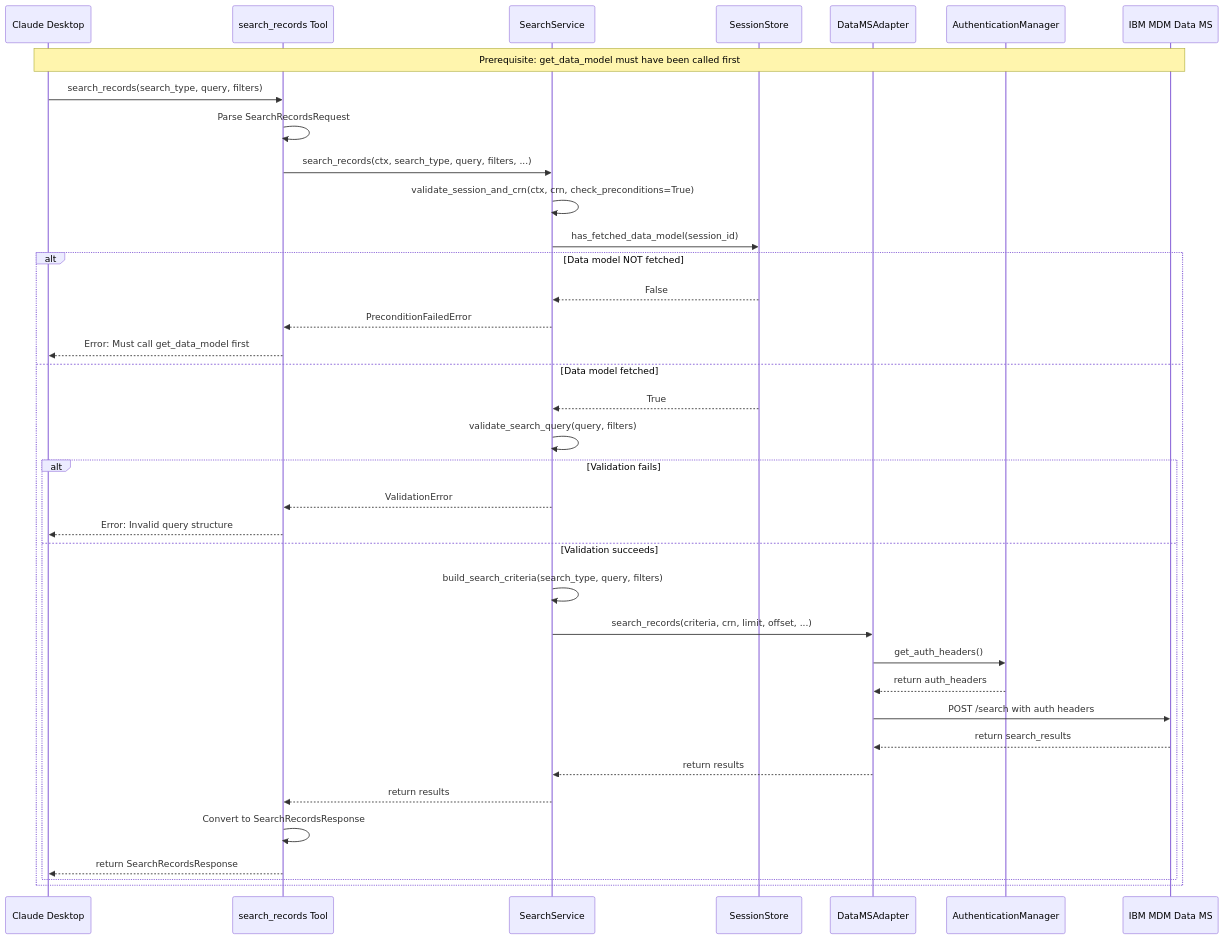
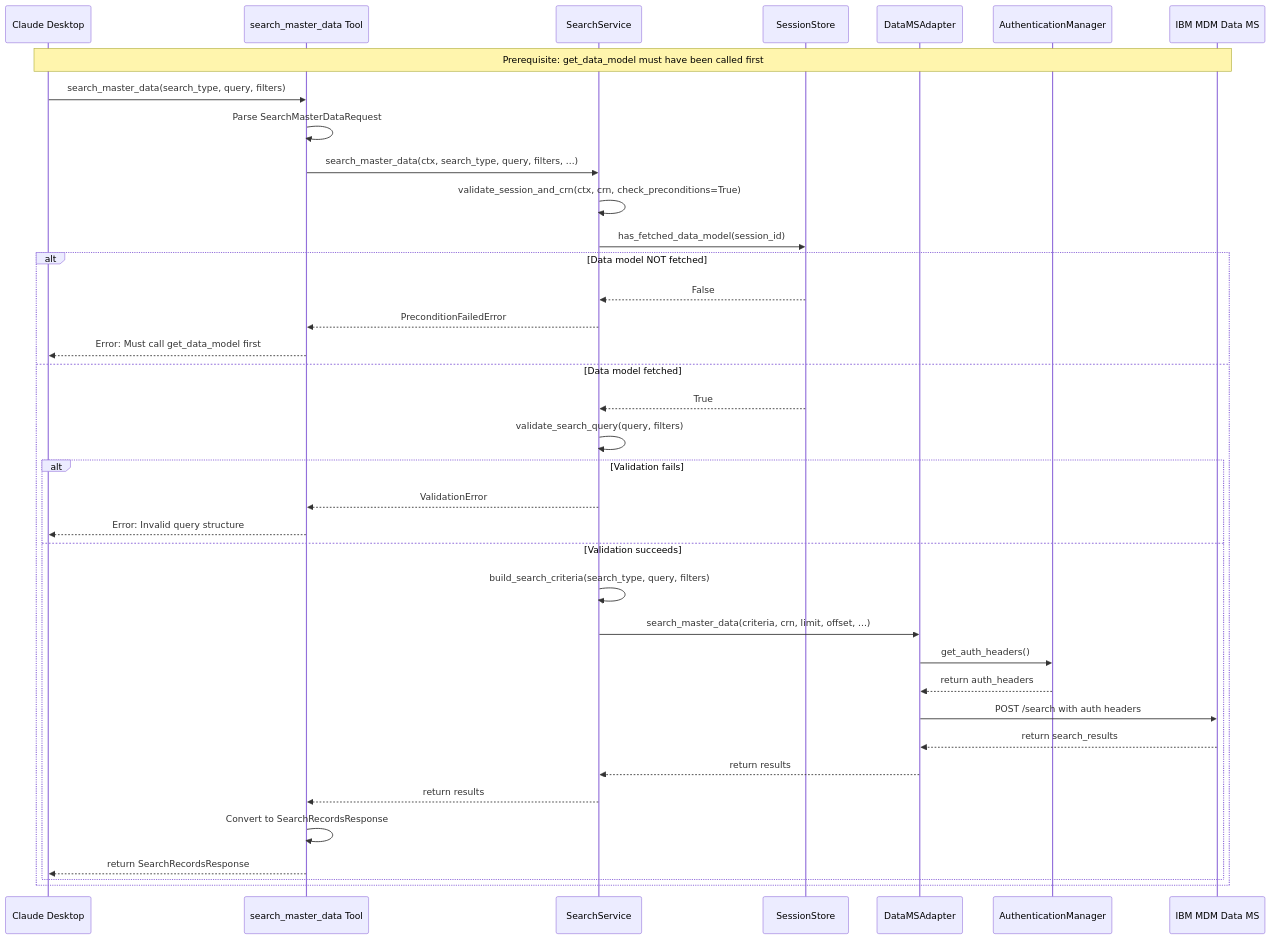
The sixth of 6 diagrams in docs/ARCHITECTURE.md (IBM/mdm-mcp-server), drawn with Mermaid before and after one commit. The commit also changed other lines of this file and 3 other files, not shown here.

Commit message:
Update markdown files with the updated search_master_data tool references (#3)

````diff
--- a/docs/ARCHITECTURE.md
+++ b/docs/ARCHITECTURE.md
@@ -574,47 +574,47 @@
 ```mermaid
 sequenceDiagram
     participant Claude as Claude Desktop
-    participant Tool as search_records Tool
+    participant Tool as search_master_data Tool
     participant SearchSvc as SearchService
     participant SessionStore as SessionStore
     participant DataAdapter as DataMSAdapter
     participant AuthMgr as AuthenticationManager
     participant DataMS as IBM MDM Data MS
     
     Note over Claude,DataMS: Prerequisite: get_data_model must have been called first
     
-    Claude->>Tool: search_records(search_type, query, filters)
-    Tool->>Tool: Parse SearchRecordsRequest
-    Tool->>SearchSvc: search_records(ctx, search_type, query, filters, ...)
+    Claude->>Tool: search_master_data(search_type, query, filters)
+    Tool->>Tool: Parse SearchMasterDataRequest
+    Tool->>SearchSvc: search_master_data(ctx, search_type, query, filters, ...)
     
     SearchSvc->>SearchSvc: validate_session_and_crn(ctx, crn, check_preconditions=True)
     SearchSvc->>SessionStore: has_fetched_data_model(session_id)
     
     alt Data model NOT fetched
         SessionStore-->>SearchSvc: False
         SearchSvc-->>Tool: PreconditionFailedError
         Tool-->>Claude: Error: Must call get_data_model first
     else Data model fetched
         SessionStore-->>SearchSvc: True
         SearchSvc->>SearchSvc: validate_search_query(query, filters)
         
         alt Validation fails
             SearchSvc-->>Tool: ValidationError
             Tool-->>Claude: Error: Invalid query structure
         else Validation succeeds
             SearchSvc->>SearchSvc: build_search_criteria(search_type, query, filters)
-            SearchSvc->>DataAdapter: search_records(criteria, crn, limit, offset, ...)
+            SearchSvc->>DataAdapter: search_master_data(criteria, crn, limit, offset, ...)
             
             DataAdapter->>AuthMgr: get_auth_headers()
             AuthMgr-->>DataAdapter: return auth_headers
             
             DataAdapter->>DataMS: POST /search with auth headers
             DataMS-->>DataAdapter: return search_results
             
             DataAdapter-->>SearchSvc: return results
             SearchSvc-->>Tool: return results
             Tool->>Tool: Convert to SearchRecordsResponse
             Tool-->>Claude: return SearchRecordsResponse
         end
     end
 ```
````
